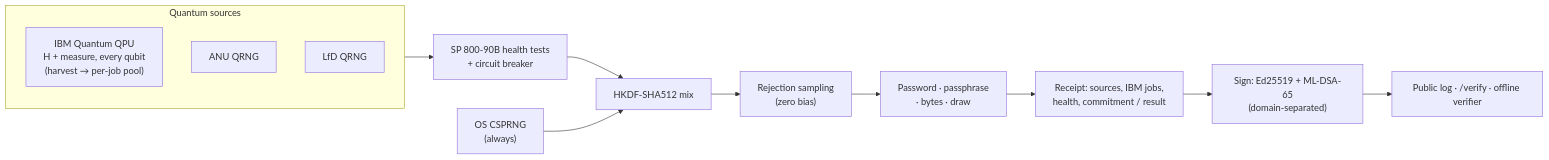
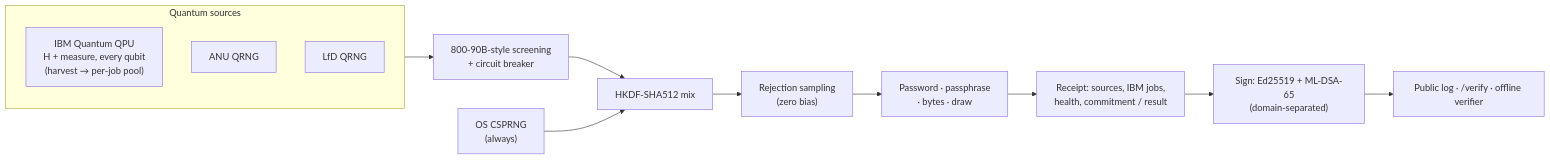
The diagram in README.md (ahmadhashimi/quantum-password-generator), drawn with Mermaid before and after one commit. The commit also changed other lines of this file, not shown here.

````diff
--- a/README.md
+++ b/README.md
@@ -106,16 +106,16 @@
 ```mermaid
 flowchart LR
     subgraph Q["Quantum sources"]
         IBM["IBM Quantum QPU<br/>H + measure, every qubit<br/>(harvest → per-job pool)"]
         ANU["ANU QRNG"]
         LFD["LfD QRNG"]
     end
-    Q --> HT["SP 800-90B health tests<br/>+ circuit breaker"]
+    Q --> HT["800-90B-style screening<br/>+ circuit breaker"]
     HT --> MIX["HKDF-SHA512 mix"]
     OS["OS CSPRNG<br/>(always)"] --> MIX
     MIX --> GEN["Rejection sampling<br/>(zero bias)"]
     GEN --> OUT["Password · passphrase<br/>· bytes · draw"]
     OUT --> RC["Receipt: sources, IBM jobs,<br/>health, commitment / result"]
     RC --> SIG["Sign: Ed25519 + ML-DSA-65<br/>(domain-separated)"]
     SIG --> LOG["Public log · /verify · offline verifier"]
 ```
````
